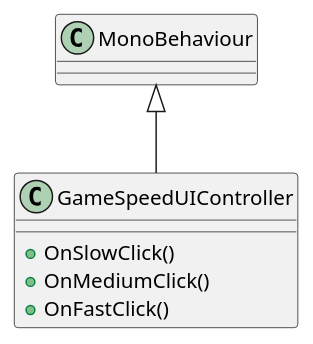
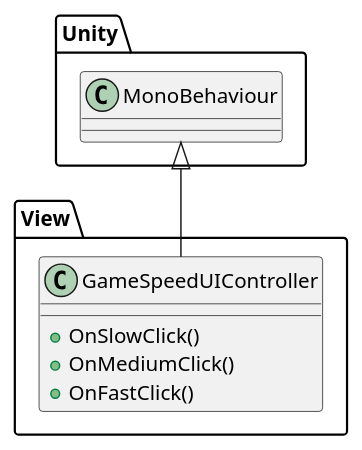
The diagram in view/game-speed.plantuml (Peter-Balint/SafariGame), drawn with PlantUML before and after one commit. The commit also changed 9 other files, not shown here.

Commit message:
added namespaces to smaller diagrams for connections

```diff
--- a/view/game-speed.plantuml
+++ b/view/game-speed.plantuml
@@ -1,9 +1,9 @@
 @startuml
-class GameSpeedUIController{
+class View.GameSpeedUIController{
     +OnSlowClick()
     +OnMediumClick()
     +OnFastClick()
     }
 
-    MonoBehaviour <|-- GameSpeedUIController
+    Unity.MonoBehaviour <|-- GameSpeedUIController
 @enduml
```
